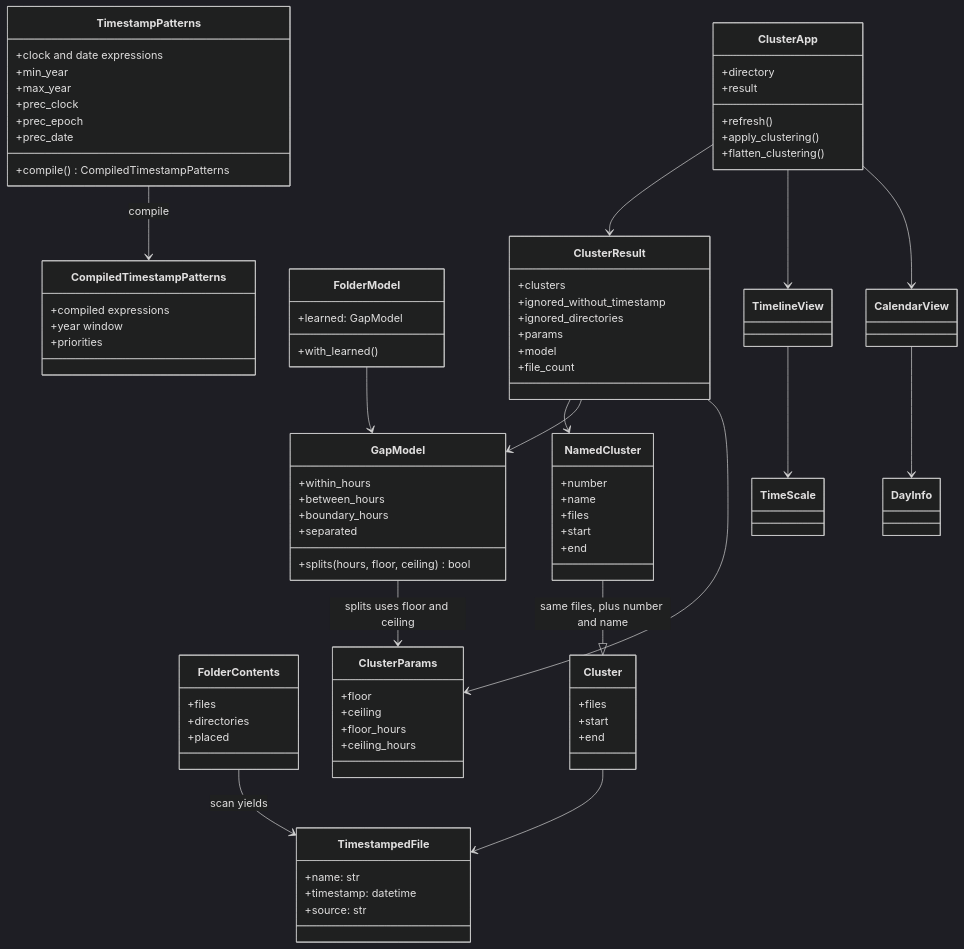
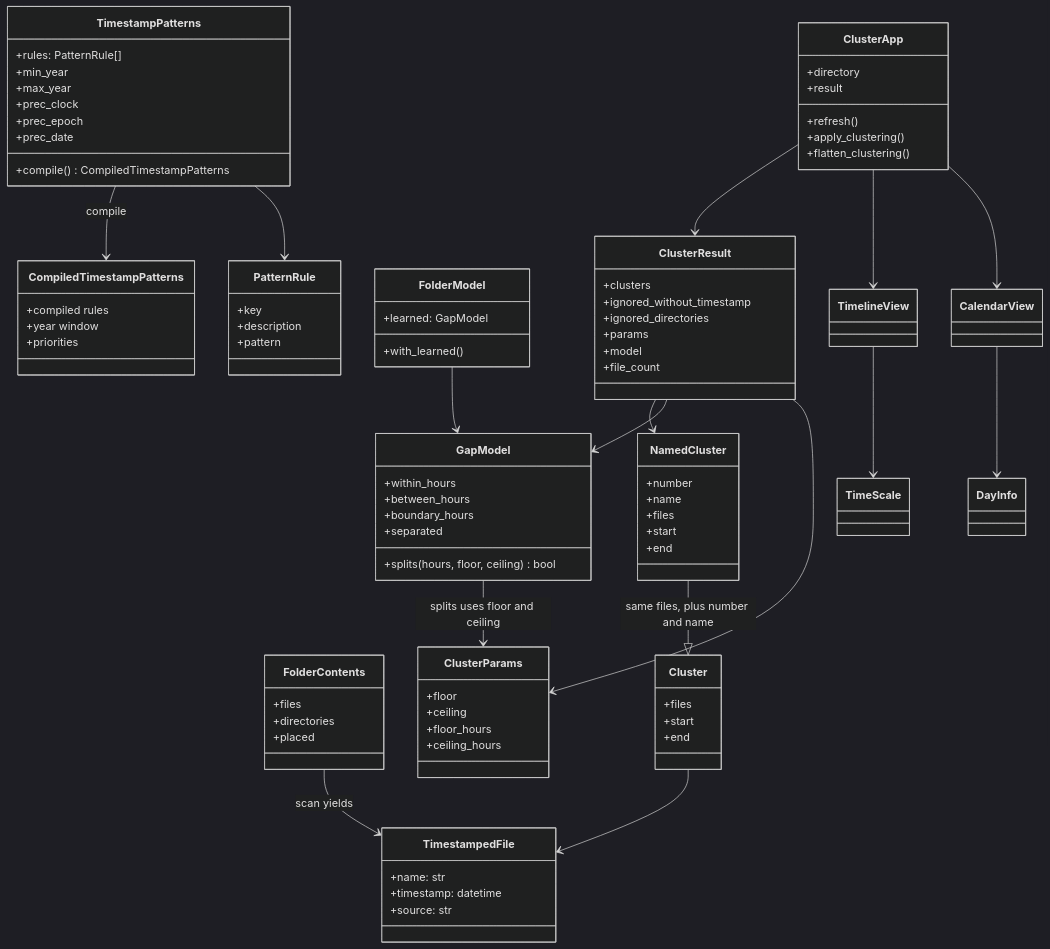
One commit to rvcgeeks/filenamecluster changed the third of 5 diagrams in docs/architecture.md. Above: the diagram before and after it, drawn with Mermaid (dark theme). The commit also changed other lines of this file and 34 other files, not shown here.

````diff
--- a/docs/architecture.md
+++ b/docs/architecture.md
@@ -99,7 +100,7 @@
 ```mermaid
 classDiagram
     class TimestampPatterns {
-        +clock and date expressions
+        +rules: PatternRule[]
         +min_year
         +max_year
         +prec_clock
@@ -108,9 +109,14 @@
         +compile() CompiledTimestampPatterns
     }
     class CompiledTimestampPatterns {
-        +compiled expressions
+        +compiled rules
         +year window
         +priorities
+    }
+    class PatternRule {
+        +key
+        +description
+        +pattern
     }
     class TimestampedFile {
         +name: str
@@ -172,6 +178,7 @@
     class DayInfo
 
     TimestampPatterns --> CompiledTimestampPatterns : compile
+    TimestampPatterns --> PatternRule
     FolderContents --> TimestampedFile : scan yields
     Cluster --> TimestampedFile
     NamedCluster --|> Cluster : same files, plus number and name
````
